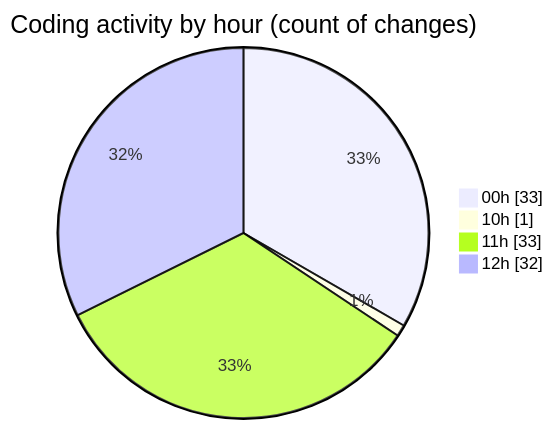
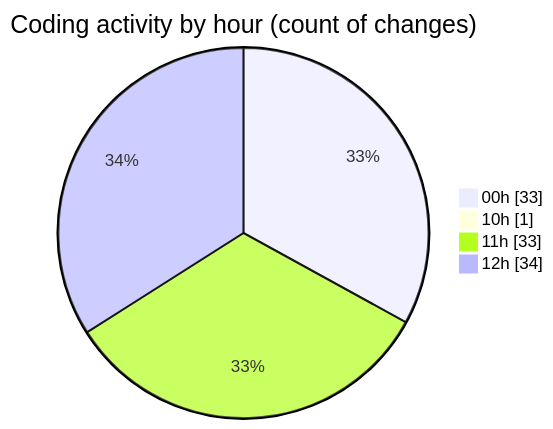
The second of 2 diagrams in 2025-08-10/nxtqube_webapp/README.md (nxtqubesakshisongat/code-tracking), drawn with Mermaid before and after one commit. The commit also changed other lines of this file and 1 other file, not shown here.

````diff
--- a/2025-08-10/nxtqube_webapp/README.md
+++ b/2025-08-10/nxtqube_webapp/README.md
@@ -30,8 +30,8 @@
 ```mermaid
 pie showData
 title Coding activity by hour (count of changes)
 "00h" : 33
 "10h" : 1
 "11h" : 33
-"12h" : 32
+"12h" : 34
 ```
````
